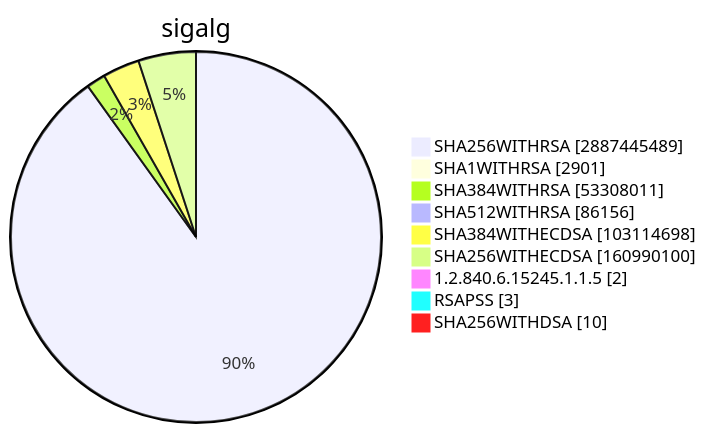
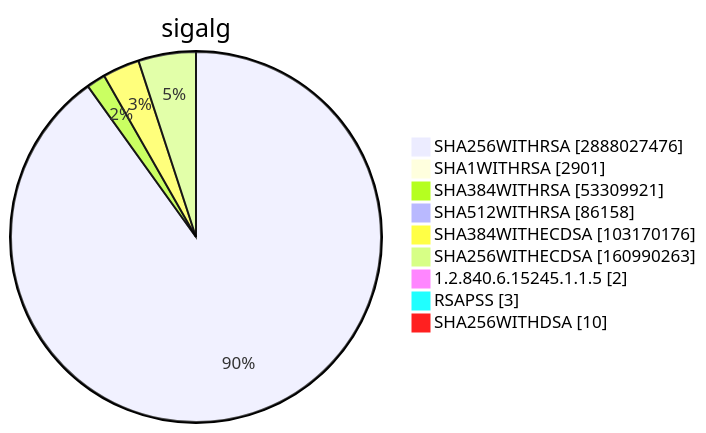
Diagram 15 of 15 in TOTAL/README.md (christiankrug/ctmonitor_visualization), drawn with Mermaid before and after one commit. The commit also changed other lines of this file, not shown here.

````diff
--- a/TOTAL/README.md
+++ b/TOTAL/README.md
@@ -6207,13 +6207,13 @@
 ```mermaid
 pie showData
 title sigalg
-"SHA256WITHRSA" :2887445489
+"SHA256WITHRSA" :2888027476
 "SHA1WITHRSA" :2901
-"SHA384WITHRSA" :53308011
-"SHA512WITHRSA" :86156
-"SHA384WITHECDSA" :103114698
-"SHA256WITHECDSA" :160990100
+"SHA384WITHRSA" :53309921
+"SHA512WITHRSA" :86158
+"SHA384WITHECDSA" :103170176
+"SHA256WITHECDSA" :160990263
 "1.2.840.6.15245.1.1.5" :2
 "RSAPSS" :3
 "SHA256WITHDSA" :10
 ```
````
